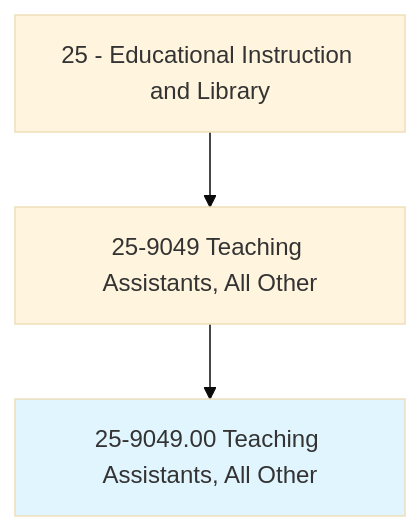
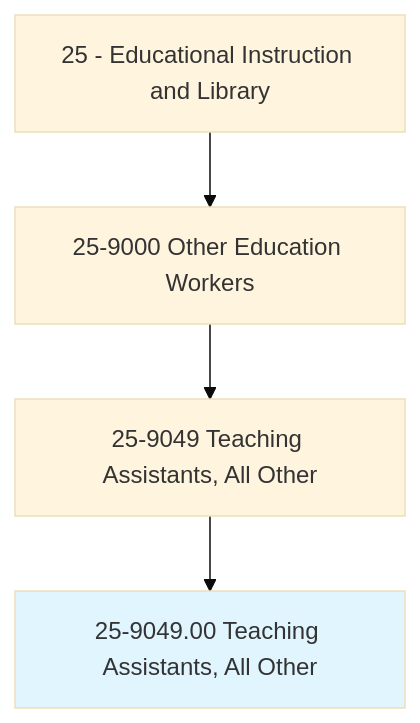
One commit to kziemski/business.org.ai changed the first of 4 diagrams in occupations/Education/TeachingAssistants.mdx. Above: the diagram before and after it, drawn with Mermaid (base theme). The commit also changed other lines of this file and 938 other files, not shown here.

````diff
--- a/occupations/Education/TeachingAssistants.mdx
+++ b/occupations/Education/TeachingAssistants.mdx
@@ -19,6 +23,7 @@
 ```mermaid
 graph TD
-    Cat25["25 - Educational Instruction and Library"] --> Group259049["25-9049 Teaching Assistants, All Other"]
+    Cat25["25 - Educational Instruction and Library"] --> Group259["25-9000 Other Education Workers"]
+    Group259 --> Group259049["25-9049 Teaching Assistants, All Other"]
     Group259049 --> Current["25-9049.00 Teaching Assistants, All Other"]
     style Current fill:#e1f5fe
 ```
````
